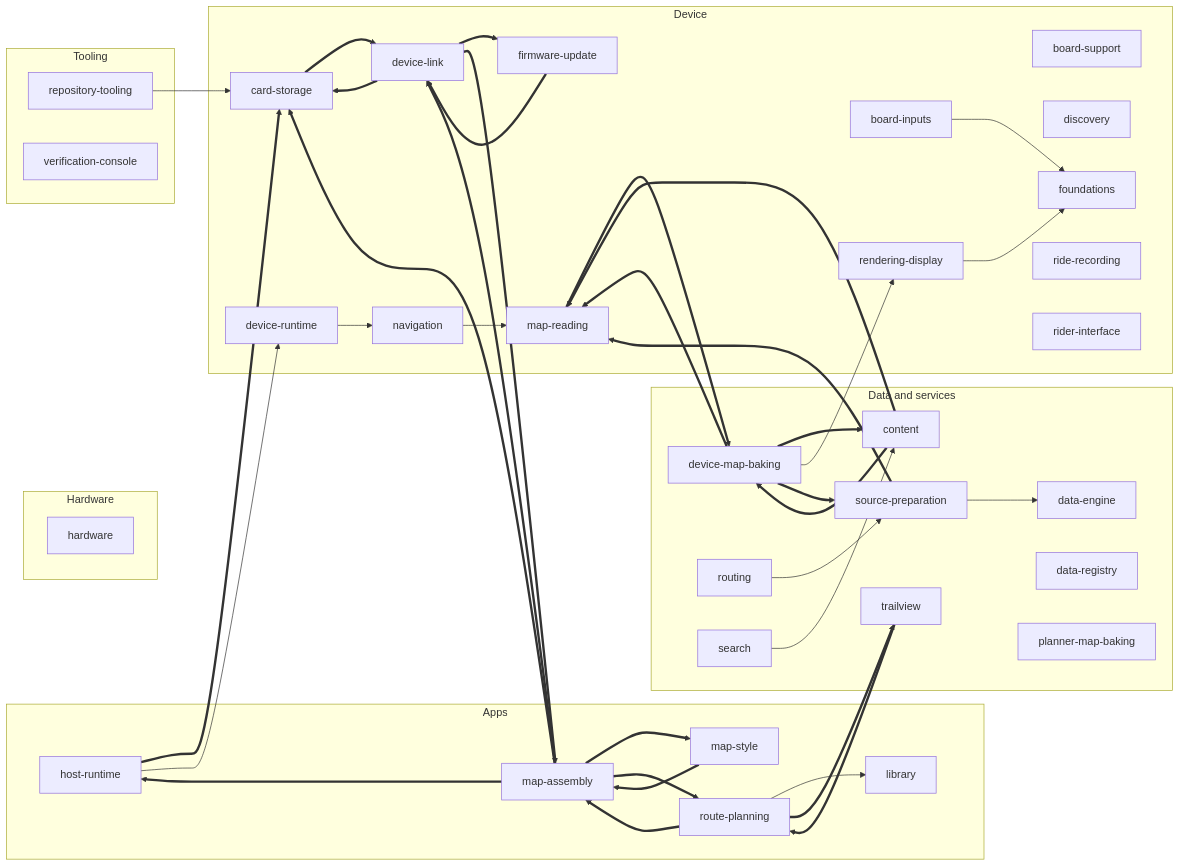
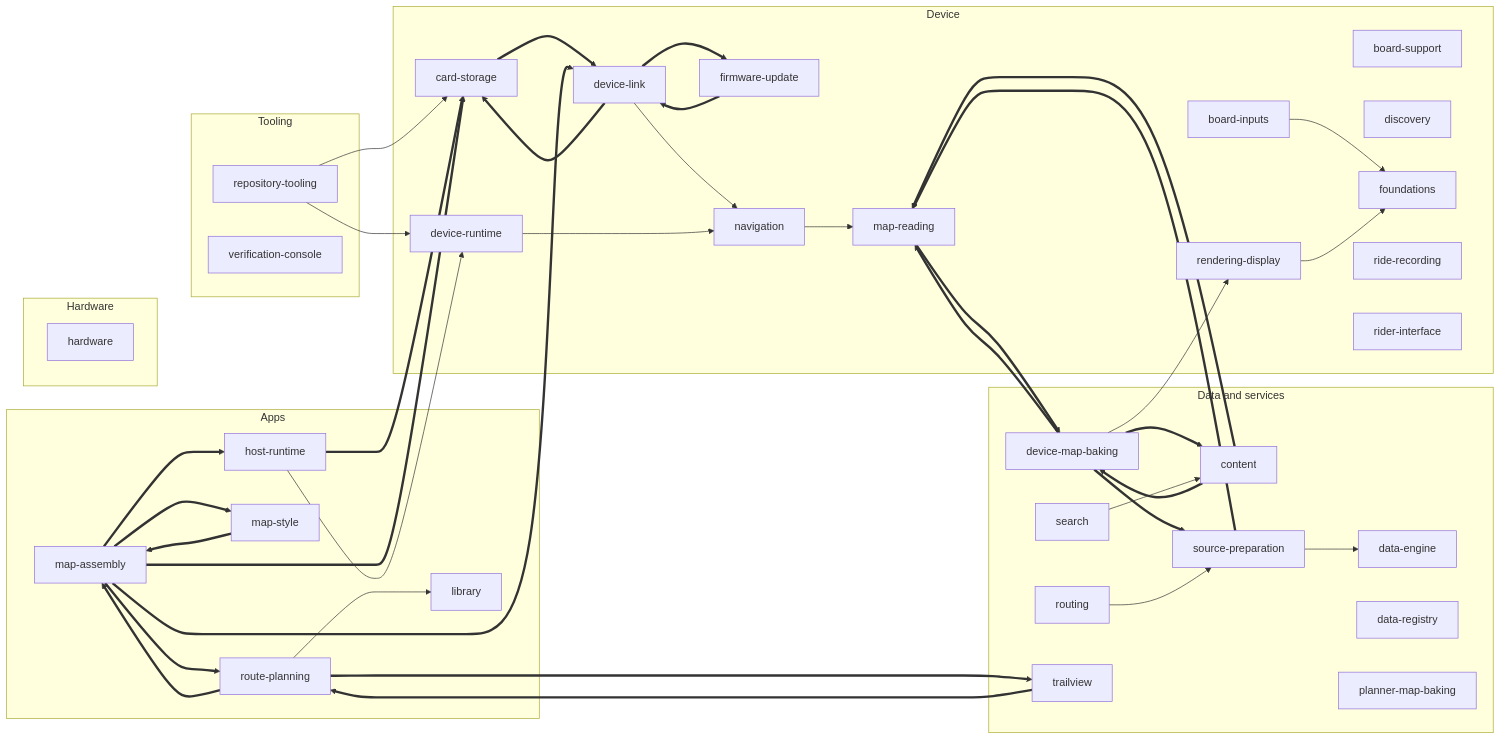
One commit to timohueser/OpenBikeComputer changed the diagram in docs/design/README.md. Above: the diagram before and after it, drawn with Mermaid. The commit also changed other lines of this file and 19 other files, not shown here.

````diff
--- a/docs/design/README.md
+++ b/docs/design/README.md
@@ -9,76 +9,77 @@
 ```mermaid
 flowchart LR
   subgraph area0["Apps"]
     s_host_runtime["host-runtime"]
     s_library["library"]
     s_map_assembly["map-assembly"]
     s_map_style["map-style"]
     s_route_planning["route-planning"]
   end
   subgraph area1["Data and services"]
     s_content["content"]
     s_data_engine["data-engine"]
     s_data_registry["data-registry"]
     s_device_map_baking["device-map-baking"]
     s_planner_map_baking["planner-map-baking"]
     s_routing["routing"]
     s_search["search"]
     s_source_preparation["source-preparation"]
     s_trailview["trailview"]
   end
   subgraph area2["Device"]
     s_board_inputs["board-inputs"]
     s_board_support["board-support"]
     s_card_storage["card-storage"]
     s_device_link["device-link"]
     s_device_runtime["device-runtime"]
     s_discovery["discovery"]
     s_firmware_update["firmware-update"]
     s_foundations["foundations"]
     s_map_reading["map-reading"]
     s_navigation["navigation"]
     s_rendering_display["rendering-display"]
     s_ride_recording["ride-recording"]
     s_rider_interface["rider-interface"]
   end
   subgraph area3["Hardware"]
     s_hardware["hardware"]
   end
   subgraph area4["Tooling"]
     s_repository_tooling["repository-tooling"]
     s_verification_console["verification-console"]
   end
   s_board_inputs --> s_foundations
   s_card_storage ==> s_device_link
   s_content ==> s_device_map_baking
   s_content ==> s_map_reading
   s_device_link ==> s_card_storage
   s_device_link ==> s_firmware_update
-  s_device_link ==> s_map_assembly
+  s_device_link --> s_navigation
   s_device_map_baking ==> s_content
   s_device_map_baking ==> s_map_reading
   s_device_map_baking --> s_rendering_display
   s_device_map_baking ==> s_source_preparation
   s_device_runtime --> s_navigation
   s_firmware_update ==> s_device_link
   s_host_runtime ==> s_card_storage
   s_host_runtime --> s_device_runtime
   s_map_assembly ==> s_card_storage
   s_map_assembly ==> s_device_link
   s_map_assembly ==> s_host_runtime
   s_map_assembly ==> s_map_style
   s_map_assembly ==> s_route_planning
   s_map_reading ==> s_device_map_baking
   s_map_style ==> s_map_assembly
   s_navigation --> s_map_reading
   s_rendering_display --> s_foundations
   s_repository_tooling --> s_card_storage
+  s_repository_tooling --> s_device_runtime
   s_route_planning --> s_library
   s_route_planning ==> s_map_assembly
   s_route_planning ==> s_trailview
   s_routing --> s_source_preparation
   s_search --> s_content
   s_source_preparation --> s_data_engine
   s_source_preparation ==> s_map_reading
   s_trailview ==> s_route_planning
 ```
````
